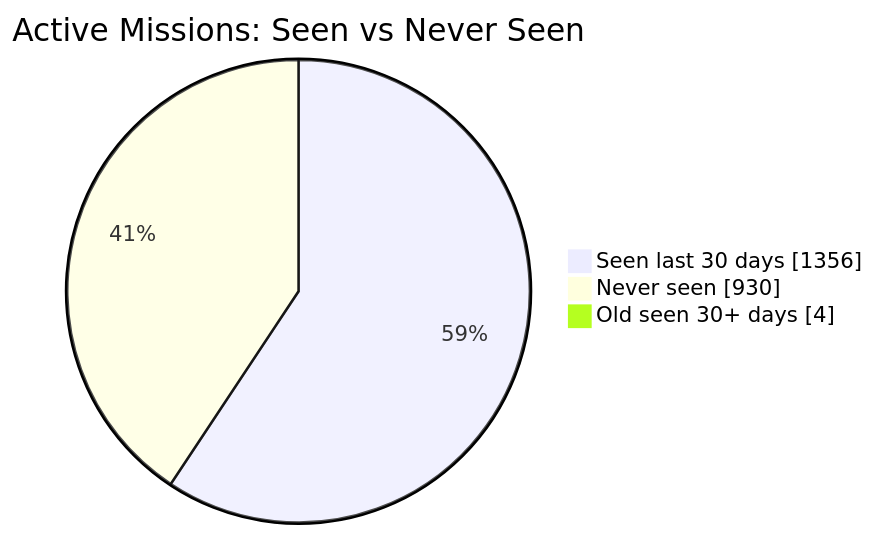
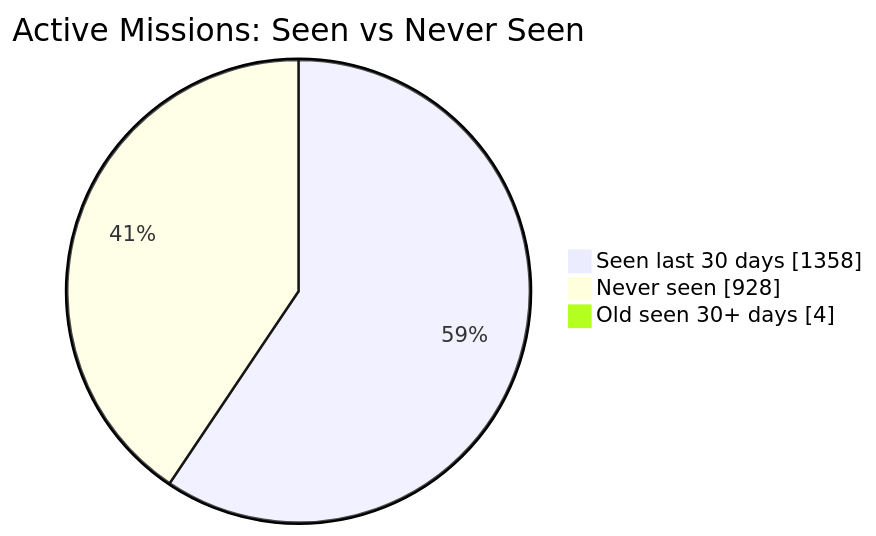
Before and after one commit to MeldkamerspelGameTeam/active-missions: the first of 2 diagrams in README.md, drawn with Mermaid. The commit also changed other lines of this file and 2 other files, not shown here.

````diff
--- a/README.md
+++ b/README.md
@@ -34,7 +34,7 @@
 ```mermaid
 pie showData
     title Active Missions: Seen vs Never Seen
-    "Seen last 30 days" : 1356
-    "Never seen" : 930
+    "Seen last 30 days" : 1358
+    "Never seen" : 928
     "Old seen 30+ days" : 4
 ```
````
